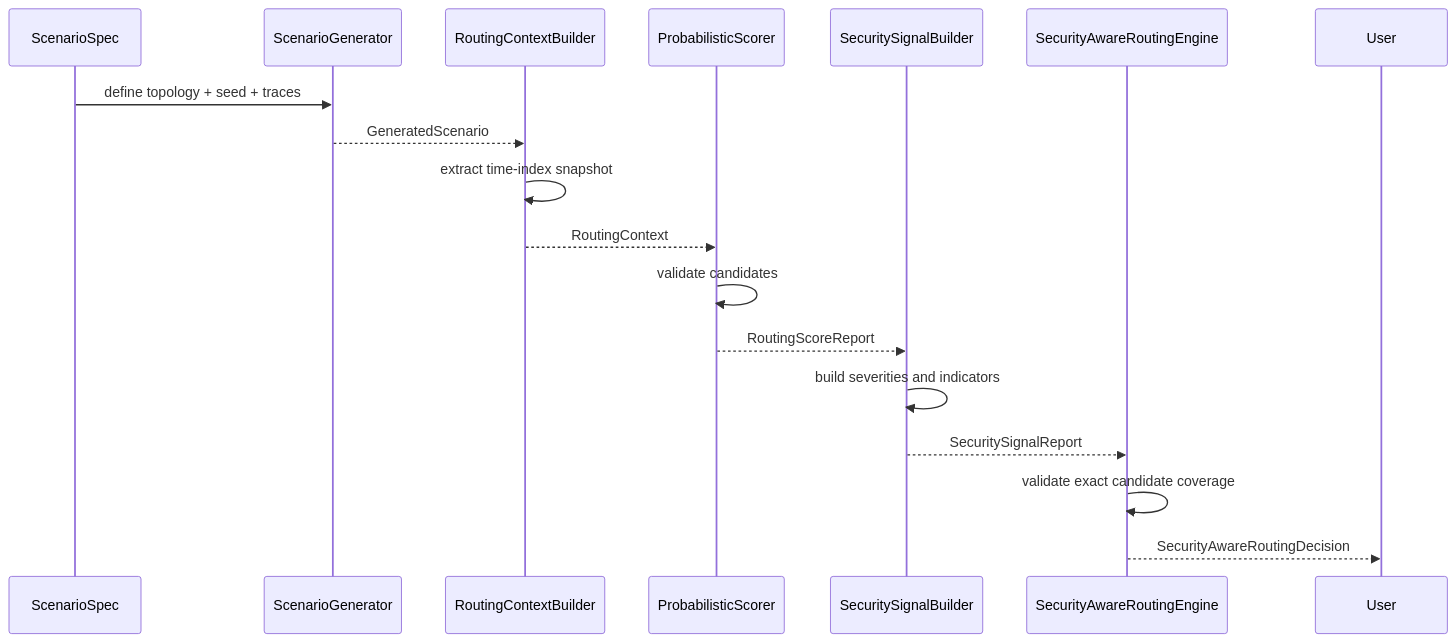
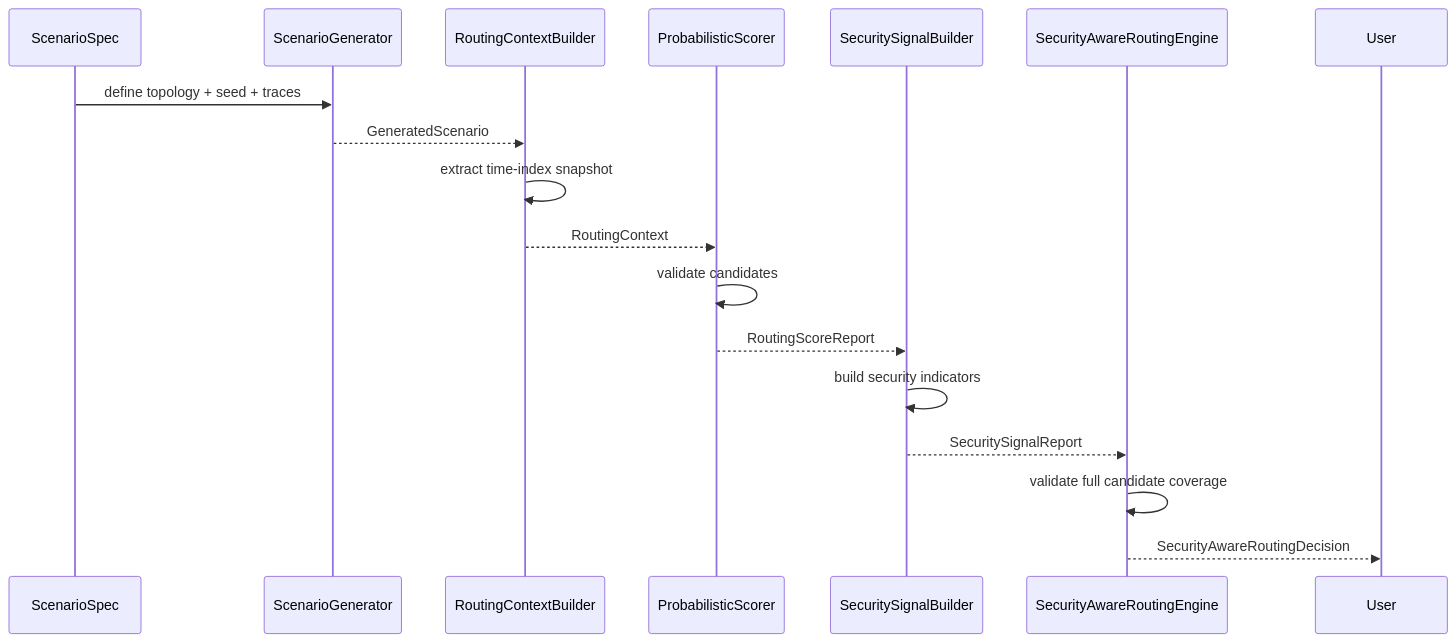
The first of 4 diagrams in docs/system-sequence.md (leozzmc/AetherNet), drawn with Mermaid before and after one commit. The commit also changed other lines of this file and 6 other files, not shown here.

````diff
--- a/docs/system-sequence.md
+++ b/docs/system-sequence.md
@@ -28,24 +51,24 @@
 ```mermaid
 sequenceDiagram
     participant Spec as ScenarioSpec
     participant SG as ScenarioGenerator
     participant RCB as RoutingContextBuilder
     participant PS as ProbabilisticScorer
     participant SSB as SecuritySignalBuilder
     participant SRE as SecurityAwareRoutingEngine
 
     Spec->>SG: define topology + seed + traces
     SG-->>RCB: GeneratedScenario
 
     RCB->>RCB: extract time-index snapshot
     RCB-->>PS: RoutingContext
 
     PS->>PS: validate candidates
     PS-->>SSB: RoutingScoreReport
 
-    SSB->>SSB: build severities and indicators
+    SSB->>SSB: build security indicators
     SSB-->>SRE: SecuritySignalReport
 
-    SRE->>SRE: validate exact candidate coverage
+    SRE->>SRE: validate full candidate coverage
     SRE-->>User: SecurityAwareRoutingDecision
 ```
````
